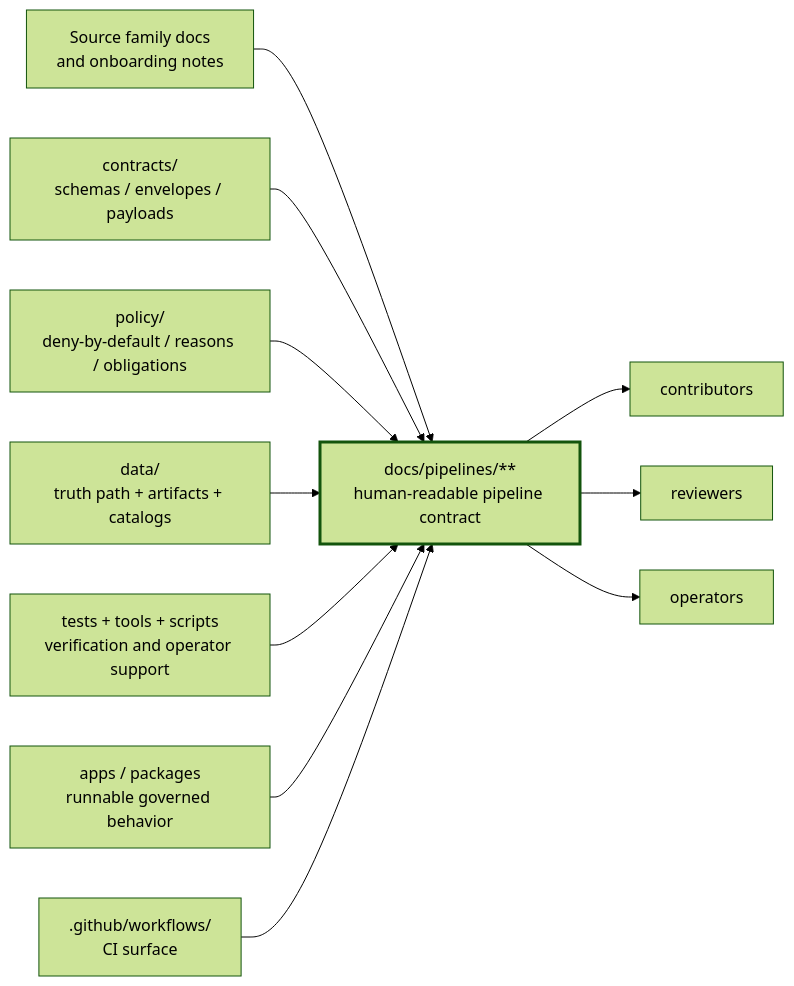
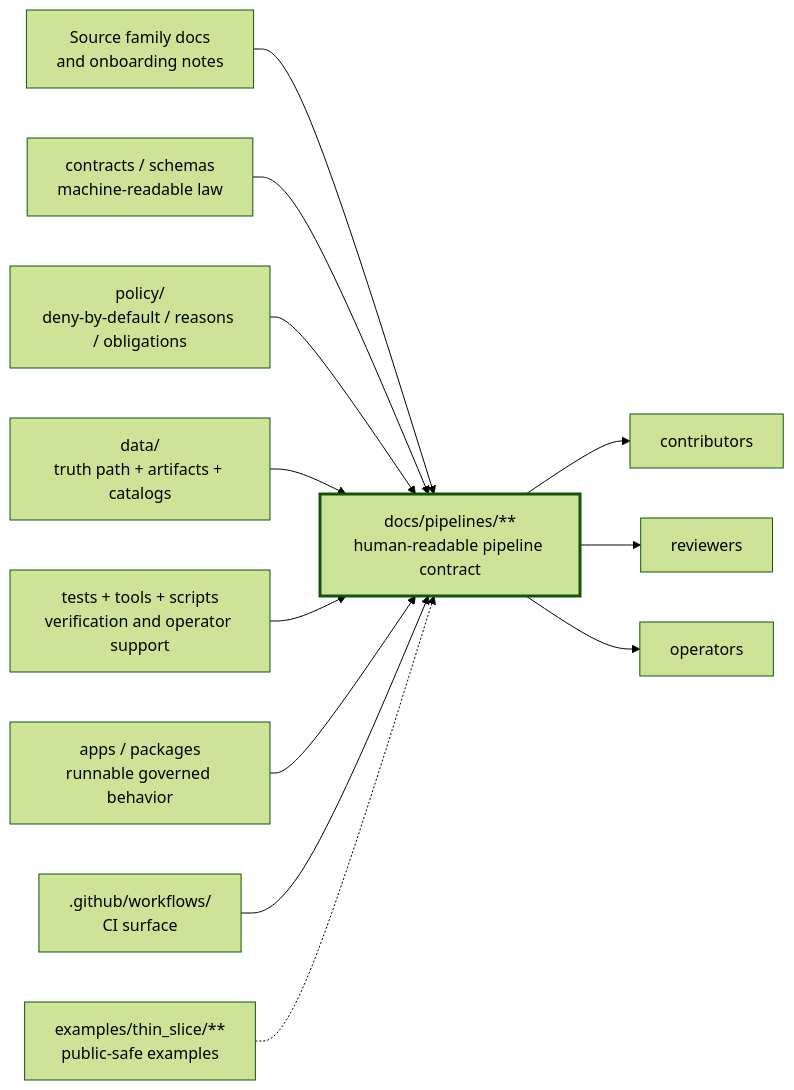
One commit to bartytime4life/Kansas-Frontier-Matrix changed the diagram in docs/pipelines/README.md. Above: the diagram before and after it, drawn with Mermaid (forest theme). The commit also changed other lines of this file, not shown here.

````diff
--- a/docs/pipelines/README.md
+++ b/docs/pipelines/README.md
@@ -278,25 +297,27 @@
 ```mermaid
 flowchart LR
     A[Source family docs<br/>and onboarding notes]
     B[docs/pipelines/**<br/>human-readable pipeline contract]
-    C[contracts/<br/>schemas / envelopes / payloads]
+    C[contracts / schemas<br/>machine-readable law]
     D[policy/<br/>deny-by-default / reasons / obligations]
     E[data/<br/>truth path + artifacts + catalogs]
     F[tests + tools + scripts<br/>verification and operator support]
     G[apps / packages<br/>runnable governed behavior]
     H[.github/workflows/<br/>CI surface]
+    X[examples/thin_slice/**<br/>public-safe examples]
 
     A --> B
     C --> B
     D --> B
     E --> B
     F --> B
     G --> B
     H --> B
+    X -.-> B
 
     B --> I[contributors]
     B --> J[reviewers]
     B --> K[operators]
 
     style B stroke-width:3px
 ```
````
